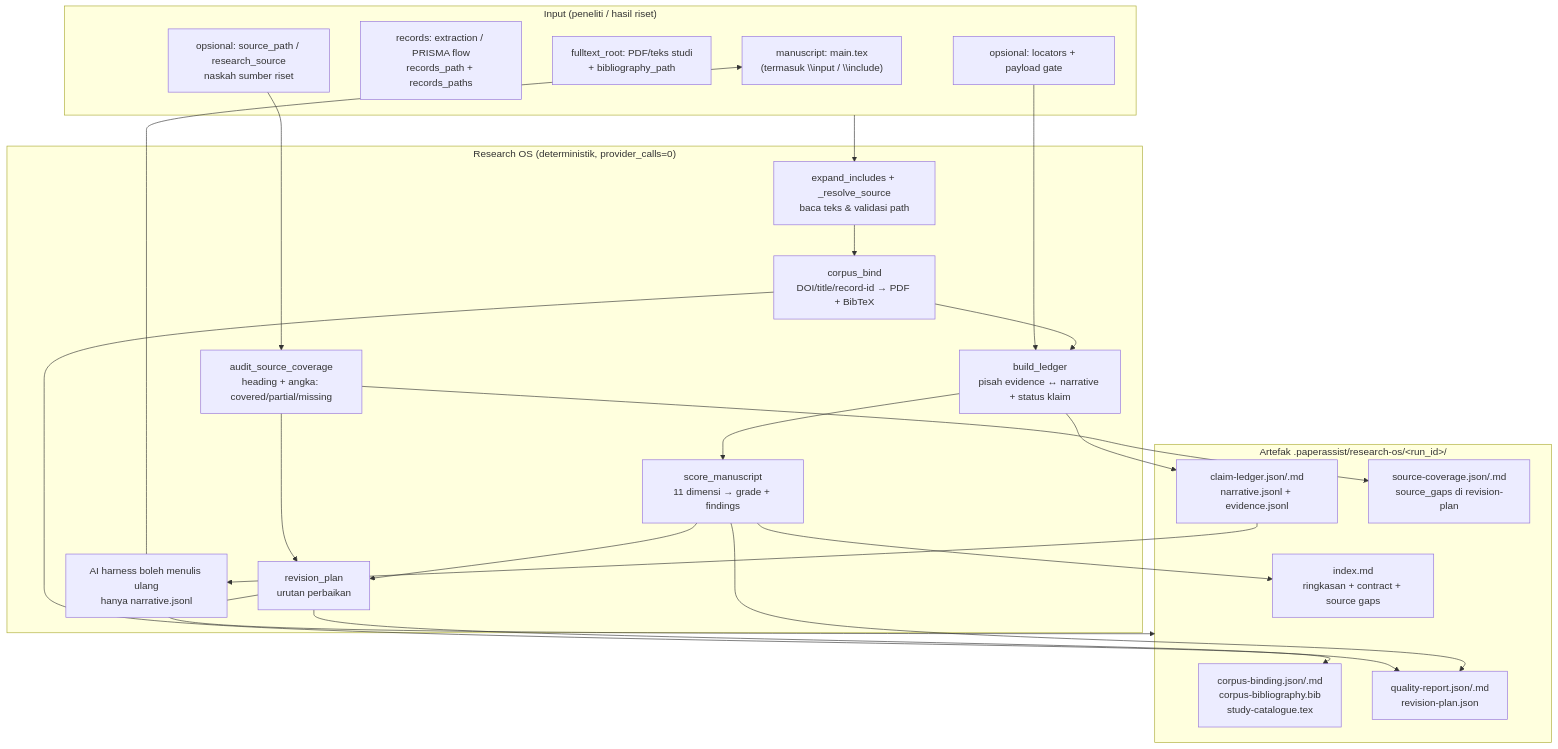
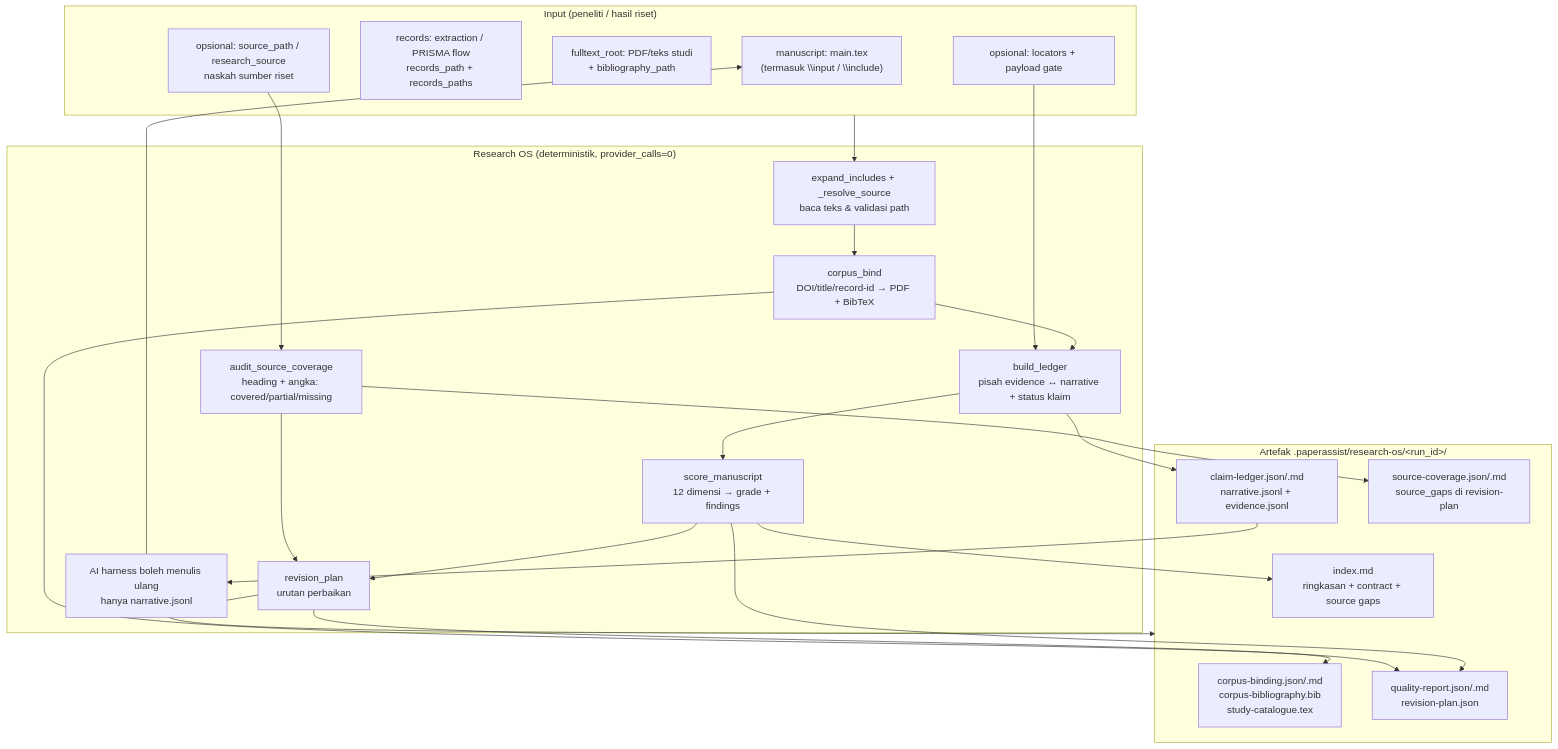
The second of 2 diagrams in README.md (mahdyarief/paper-assist), drawn with Mermaid before and after one commit. The commit also changed other lines of this file and 45 other files, not shown here.

````diff
--- a/README.md
+++ b/README.md
@@ -217,39 +244,39 @@
 ```mermaid
 flowchart TD
     subgraph IN["Input (peneliti / hasil riset)"]
         M["manuscript: main.tex<br/>(termasuk \\input / \\include)"]
         R["records: extraction / PRISMA flow<br/>records_path + records_paths"]
         F["fulltext_root: PDF/teks studi<br/>+ bibliography_path"]
         S["opsional: source_path / research_source<br/>naskah sumber riset"]
         L["opsional: locators + payload gate"]
     end
 
     subgraph OS["Research OS (deterministik, provider_calls=0)"]
         X["expand_includes + _resolve_source<br/>baca teks & validasi path"]
         B["corpus_bind<br/>DOI/title/record-id → PDF + BibTeX"]
         C["build_ledger<br/>pisah evidence ↔ narrative + status klaim"]
-        Q["score_manuscript<br/>11 dimensi → grade + findings"]
+        Q["score_manuscript<br/>12 dimensi → grade + findings"]
         P["revision_plan<br/>urutan perbaikan"]
         V["audit_source_coverage<br/>heading + angka: covered/partial/missing"]
         H["AI harness boleh menulis ulang<br/>hanya narrative.jsonl"]
     end
 
     subgraph OUT["Artefak .paperassist/research-os/&lt;run_id&gt;/"]
         A1["corpus-binding.json/.md<br/>corpus-bibliography.bib<br/>study-catalogue.tex"]
         A2["claim-ledger.json/.md<br/>narrative.jsonl + evidence.jsonl"]
         A3["quality-report.json/.md<br/>revision-plan.json"]
         A4["source-coverage.json/.md<br/>source_gaps di revision-plan"]
         A5["index.md<br/>ringkasan + contract + source gaps"]
     end
 
     IN --> X --> B --> C --> Q --> P --> OUT
     S --> V --> A4
     V --> P
     L --> C
     A2 --> H --> M
     Q --> A3
     P --> A3
     B --> A1
     C --> A2
     Q --> A5
 ```
````
